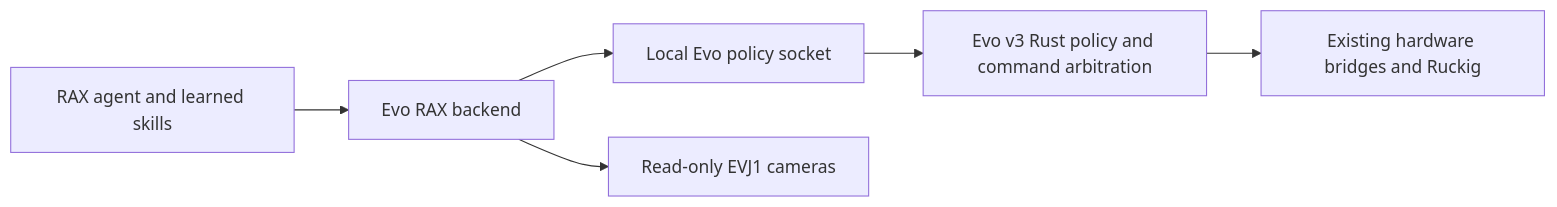
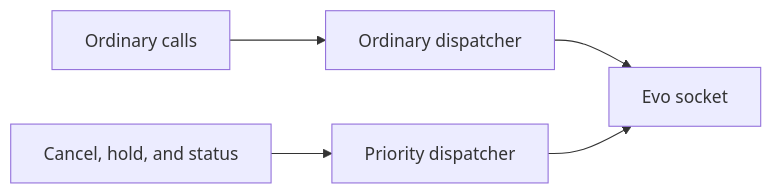
One commit to Kovari-Industries/rax changed the second of 2 diagrams in EVO_V3.md. Above: the diagram before and after it, drawn with Mermaid. The commit also changed other lines of this file and 15 other files, not shown here.

Commit message:
Connect Evo v3 tools to the agent backend with independent stop handling

````diff
--- a/EVO_V3.md
+++ b/EVO_V3.md
@@ -9,8 +65,7 @@
 ```mermaid
 flowchart LR
-    A[RAX agent and learned skills] --> B[Evo RAX backend]
-    B --> C[Local Evo policy socket]
-    B --> D[Read-only EVJ1 cameras]
-    C --> E[Evo v3 Rust policy and command arbitration]
-    E --> F[Existing hardware bridges and Ruckig]
+    A[Ordinary calls] --> B[Ordinary dispatcher]
+    C[Cancel, hold, and status] --> D[Priority dispatcher]
+    B --> E[Evo socket]
+    D --> E
 ```
````
